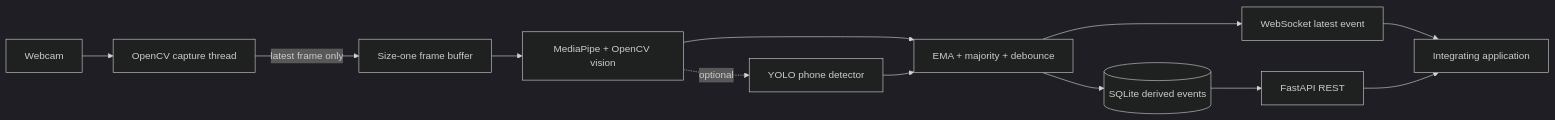
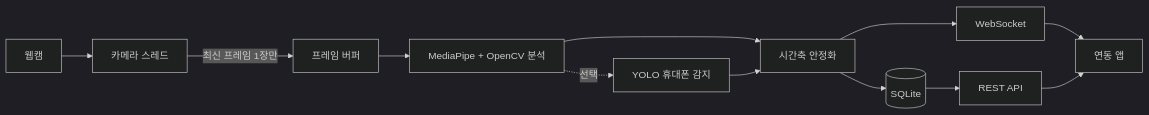
Before and after one commit to 100bee/gaze-signal-api: the diagram in README.md, drawn with Mermaid (dark theme). The commit also changed other lines of this file, not shown here.

````diff
--- a/README.md
+++ b/README.md
@@ -33,14 +301,14 @@
 ```mermaid
 flowchart LR
-    Camera[Webcam] --> Capture[OpenCV capture thread]
-    Capture -->|latest frame only| Buffer[Size-one frame buffer]
-    Buffer --> Vision[MediaPipe + OpenCV vision]
-    Vision -. optional .-> YOLO[YOLO phone detector]
-    Vision --> Temporal[EMA + majority + debounce]
+    Camera[웹캠] --> Capture[카메라 스레드]
+    Capture -->|최신 프레임 1장만| Buffer[프레임 버퍼]
+    Buffer --> Vision[MediaPipe + OpenCV 분석]
+    Vision -. 선택 .-> YOLO[YOLO 휴대폰 감지]
+    Vision --> Temporal[시간축 안정화]
     YOLO --> Temporal
-    Temporal --> DB[(SQLite derived events)]
-    Temporal --> WS[WebSocket latest event]
-    DB --> REST[FastAPI REST]
-    WS --> Client[Integrating application]
+    Temporal --> DB[(SQLite)]
+    Temporal --> WS[WebSocket]
+    DB --> REST[REST API]
+    WS --> Client[연동 앱]
     REST --> Client
 ```
````
